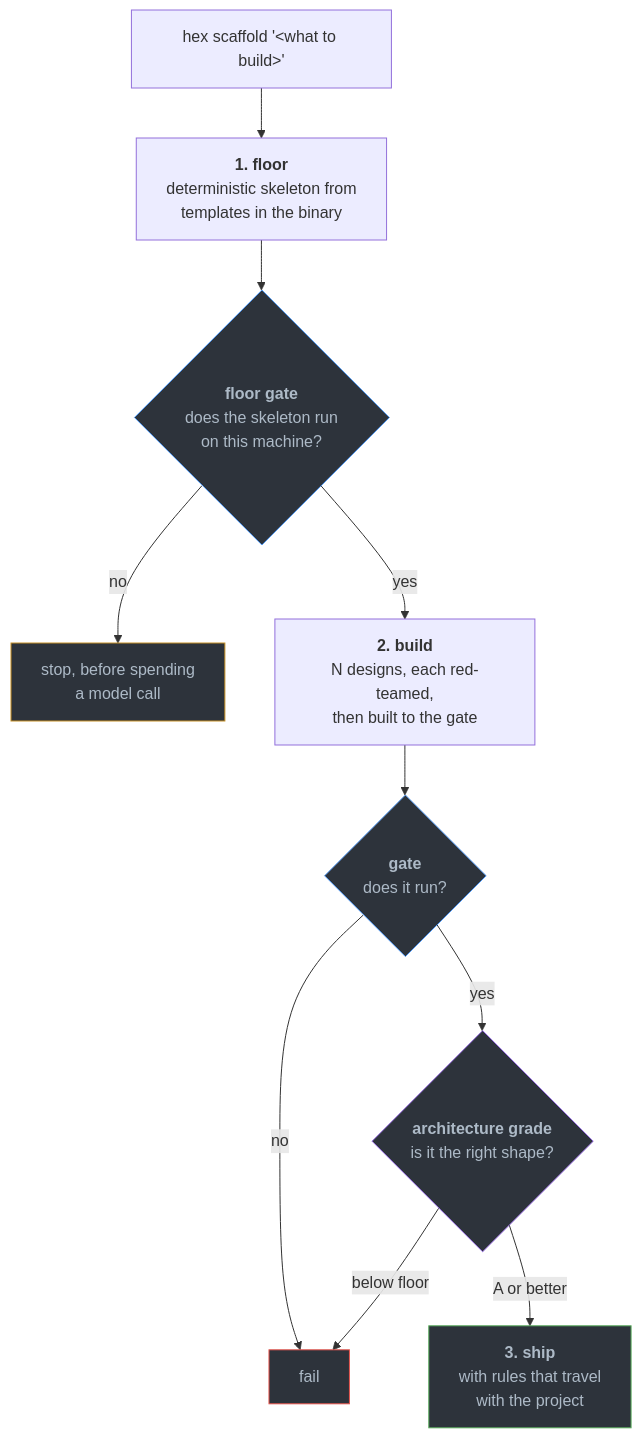
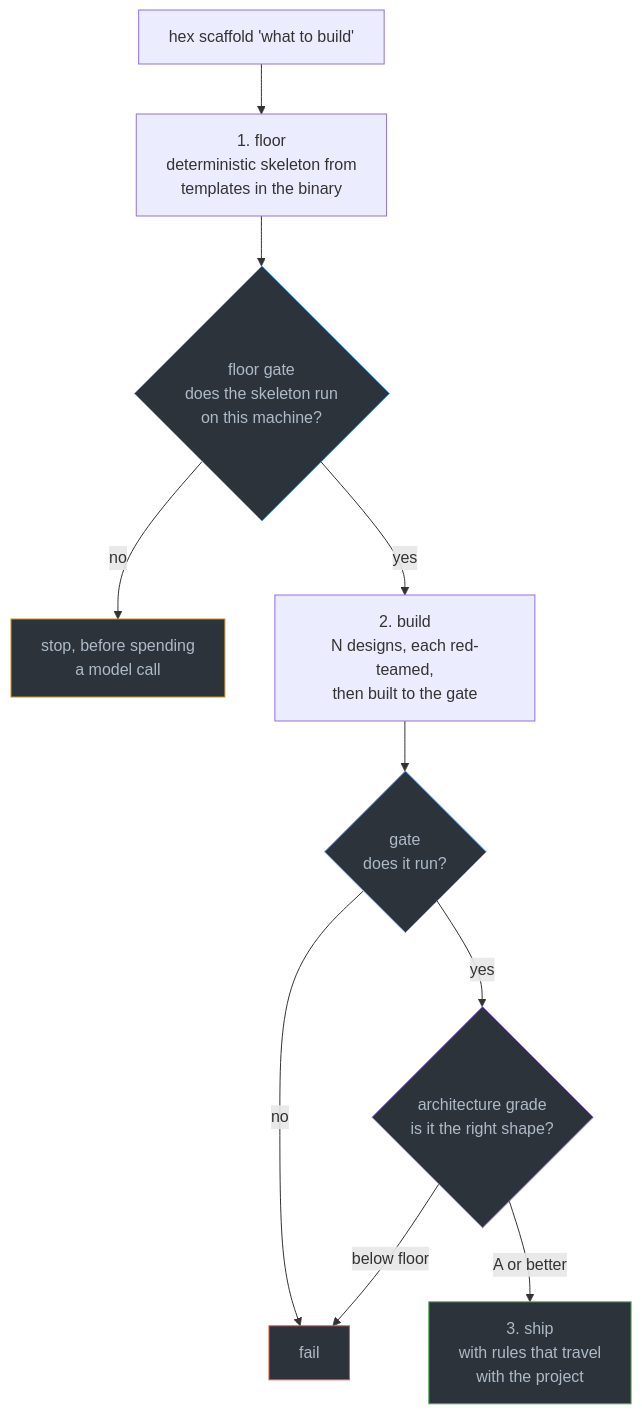
One commit to gaberger/hex changed the third of 4 diagrams in README.md. Above: the diagram before and after it, drawn with Mermaid. The commit also changed other lines of this file and 2 other files, not shown here.

````diff
--- a/README.md
+++ b/README.md
@@ -99,19 +99,19 @@
 ```mermaid
 flowchart TB
-    A["hex scaffold '&lt;what to build&gt;'"] --> B["<b>1. floor</b><br/>deterministic skeleton from<br/>templates in the binary"]
-    B --> C{"<b>floor gate</b><br/>does the skeleton run<br/>on this machine?"}
+    A["hex scaffold 'what to build'"] --> B["1. floor<br/>deterministic skeleton from<br/>templates in the binary"]
+    B --> C{"floor gate<br/>does the skeleton run<br/>on this machine?"}
     C -->|no| X["stop, before spending<br/>a model call"]
-    C -->|yes| D["<b>2. build</b><br/>N designs, each red-teamed,<br/>then built to the gate"]
-    D --> E{"<b>gate</b><br/>does it run?"}
+    C -->|yes| D["2. build<br/>N designs, each red-teamed,<br/>then built to the gate"]
+    D --> E{"gate<br/>does it run?"}
     E -->|no| Y["fail"]
-    E -->|yes| F{"<b>architecture grade</b><br/>is it the right shape?"}
+    E -->|yes| F{"architecture grade<br/>is it the right shape?"}
     F -->|"below floor"| Y
-    F -->|"A or better"| G["<b>3. ship</b><br/>with rules that travel<br/>with the project"]
+    F -->|"A or better"| G["3. ship<br/>with rules that travel<br/>with the project"]
 
     style C fill:#2d333b,stroke:#539bf5,color:#adbac7
     style E fill:#2d333b,stroke:#539bf5,color:#adbac7
     style F fill:#2d333b,stroke:#986ee2,color:#adbac7
     style G fill:#2d333b,stroke:#57ab5a,color:#adbac7
     style X fill:#2d333b,stroke:#c69026,color:#adbac7
     style Y fill:#2d333b,stroke:#e5534b,color:#adbac7
 ```
````
